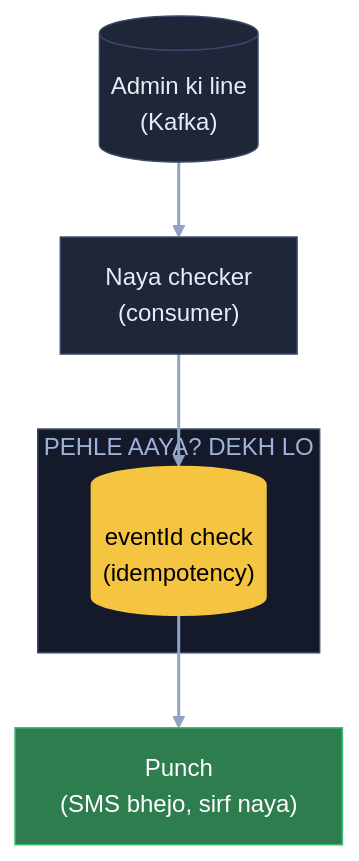
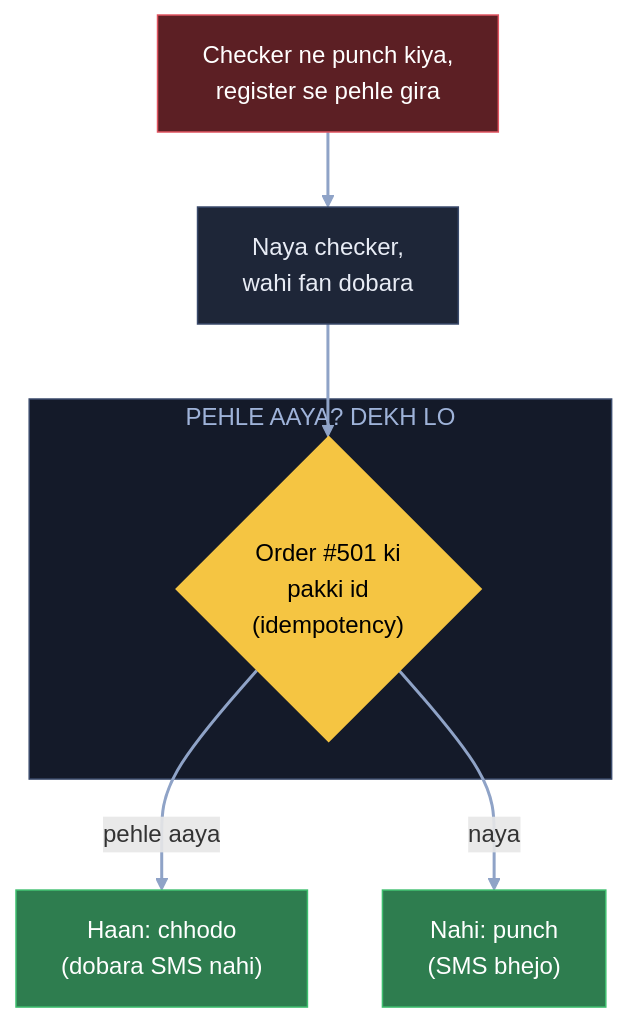
The sixth of 10 diagrams in 04_HLD/SYSTEM_DESIGNS/12_message_queue_kafka/12_message_queue_kafka.md (ArpanMaheshwari144/Prep), drawn with Mermaid before and after one commit. The commit also changed other lines of this file, not shown here.

Commit message:
Kafka: 10 diagram stadium kahani (hand notes) se; runner / order cancel / min.insync / 5000 fan jaisi apni jodi baatein hatai, K6 pehli soch wapas

````diff
--- a/04_HLD/SYSTEM_DESIGNS/12_message_queue_kafka/12_message_queue_kafka.md
+++ b/04_HLD/SYSTEM_DESIGNS/12_message_queue_kafka/12_message_queue_kafka.md
@@ -195,18 +214,20 @@
 ```mermaid
 flowchart TB
-    K[("Admin ki line<br/>(Kafka)")]:::card
-    N["Naya checker<br/>(consumer)"]:::card
+    C["Checker ne punch kiya,<br/>register se pehle gira"]:::bad
+    N["Naya checker,<br/>wahi fan dobara"]:::card
     subgraph PA["PEHLE AAYA? DEKH LO"]
-        I[("eventId check<br/>(idempotency)")]:::pill
+        I{"Order #501 ki<br/>pakki id<br/>(idempotency)"}:::pill
     end
-    S["Punch<br/>(SMS bhejo, sirf naya)"]:::good
-    K --> N
+    X["Haan: chhodo<br/>(dobara SMS nahi)"]:::good
+    Y["Nahi: punch<br/>(SMS bhejo)"]:::good
+    C --> N
     N --> I
-    I --> S
+    I -- "pehle aaya" --> X
+    I -- "naya" --> Y
     linkStyle default stroke:#8fa3c7,stroke-width:2px
     classDef card fill:#1e2638,stroke:#3a4a6b,color:#e8ecf5
     classDef pill fill:#f5c542,stroke:#f5c542,color:#000
     classDef good fill:#2e7d4f,stroke:#3fbf6f,color:#fff
     classDef bad fill:#5c1f24,stroke:#e05561,color:#fff
     style PA fill:#141a29,stroke:#3a4a6b,color:#9fb3d9
 ```
````
